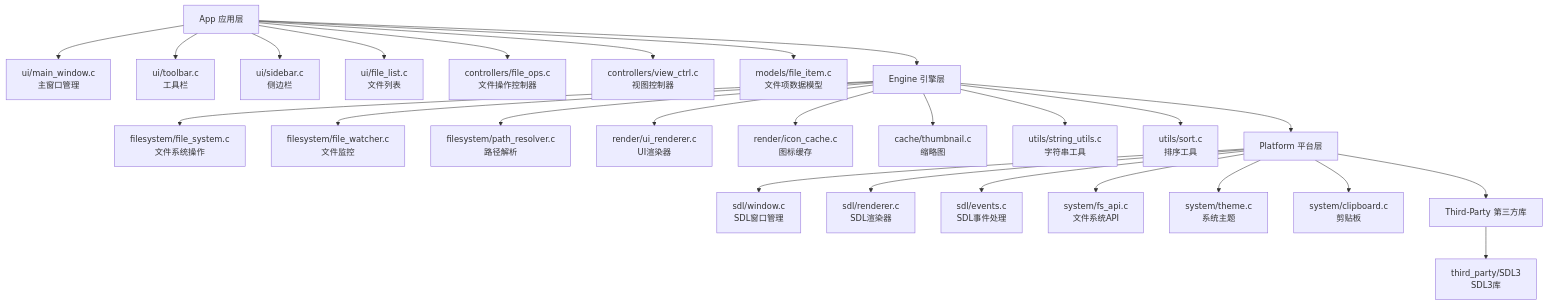
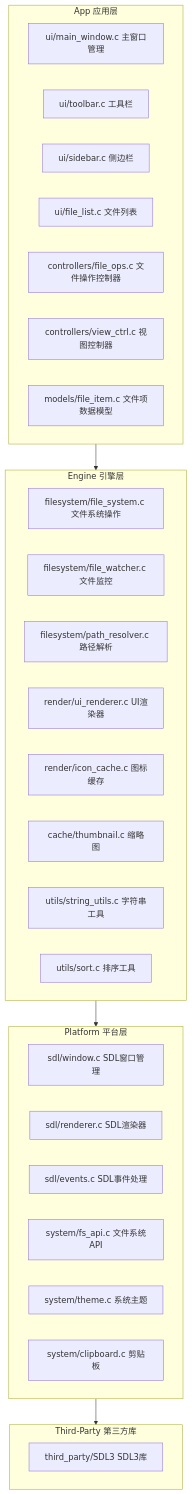
The diagram in 项目结构流程图.md (wr1teBal1/FileScope), drawn with Mermaid before and after one commit. The commit also changed other lines of this file and 1 other file, not shown here.

Commit message:
修改项目结构

````diff
--- a/项目结构流程图.md
+++ b/项目结构流程图.md
@@ -3,64 +3,40 @@
 ```mermaid
 flowchart TD
-    A[App 应用层]
-    A1[ui/main_window.c\n主窗口管理]
-    A2[ui/toolbar.c\n工具栏]
-    A3[ui/sidebar.c\n侧边栏]
-    A4[ui/file_list.c\n文件列表]
-    A5[controllers/file_ops.c\n文件操作控制器]
-    A6[controllers/view_ctrl.c\n视图控制器]
-    A7[models/file_item.c\n文件项数据模型]
+    subgraph App[App 应用层]
+        A1[ui/main_window.c 主窗口管理]
+        A2[ui/toolbar.c 工具栏]
+        A3[ui/sidebar.c 侧边栏]
+        A4[ui/file_list.c 文件列表]
+        A5[controllers/file_ops.c 文件操作控制器]
+        A6[controllers/view_ctrl.c 视图控制器]
+        A7[models/file_item.c 文件项数据模型]
+    end
 
-    B[Engine 引擎层]
-    B1[filesystem/file_system.c\n文件系统操作]
-    B2[filesystem/file_watcher.c\n文件监控]
-    B3[filesystem/path_resolver.c\n路径解析]
-    B4[render/ui_renderer.c\nUI渲染器]
-    B5[render/icon_cache.c\n图标缓存]
-    B6[cache/thumbnail.c\n缩略图]
-    B7[utils/string_utils.c\n字符串工具]
-    B8[utils/sort.c\n排序工具]
+    subgraph Engine[Engine 引擎层]
+        B1[filesystem/file_system.c 文件系统操作]
+        B2[filesystem/file_watcher.c 文件监控]
+        B3[filesystem/path_resolver.c 路径解析]
+        B4[render/ui_renderer.c UI渲染器]
+        B5[render/icon_cache.c 图标缓存]
+        B6[cache/thumbnail.c 缩略图]
+        B7[utils/string_utils.c 字符串工具]
+        B8[utils/sort.c 排序工具]
+    end
 
-    C[Platform 平台层]
-    C1[sdl/window.c\nSDL窗口管理]
-    C2[sdl/renderer.c\nSDL渲染器]
-    C3[sdl/events.c\nSDL事件处理]
-    C4[system/fs_api.c\n文件系统API]
-    C5[system/theme.c\n系统主题]
-    C6[system/clipboard.c\n剪贴板]
+    subgraph Platform[Platform 平台层]
+        C1[sdl/window.c SDL窗口管理]
+        C2[sdl/renderer.c SDL渲染器]
+        C3[sdl/events.c SDL事件处理]
+        C4[system/fs_api.c 文件系统API]
+        C5[system/theme.c 系统主题]
+        C6[system/clipboard.c 剪贴板]
+    end
 
-    D[Third-Party 第三方库]
-    D1[third_party/SDL3\nSDL3库]
+    subgraph ThirdParty[Third-Party 第三方库]
+        D1[third_party/SDL3 SDL3库]
+    end
 
-    %% 层级关系
-    A --> B
-    B --> C
-    C --> D
-
-    %% 细分模块
-    A --> A1
-    A --> A2
-    A --> A3
-    A --> A4
-    A --> A5
-    A --> A6
-    A --> A7
-
-    B --> B1
-    B --> B2
-    B --> B3
-    B --> B4
-    B --> B5
-    B --> B6
-    B --> B7
-    B --> B8
-
-    C --> C1
-    C --> C2
-    C --> C3
-    C --> C4
-    C --> C5
-    C --> C6
-
-    D --> D1
+    App --> Engine
+    Engine --> Platform
+    Platform --> ThirdParty
 ```
````
